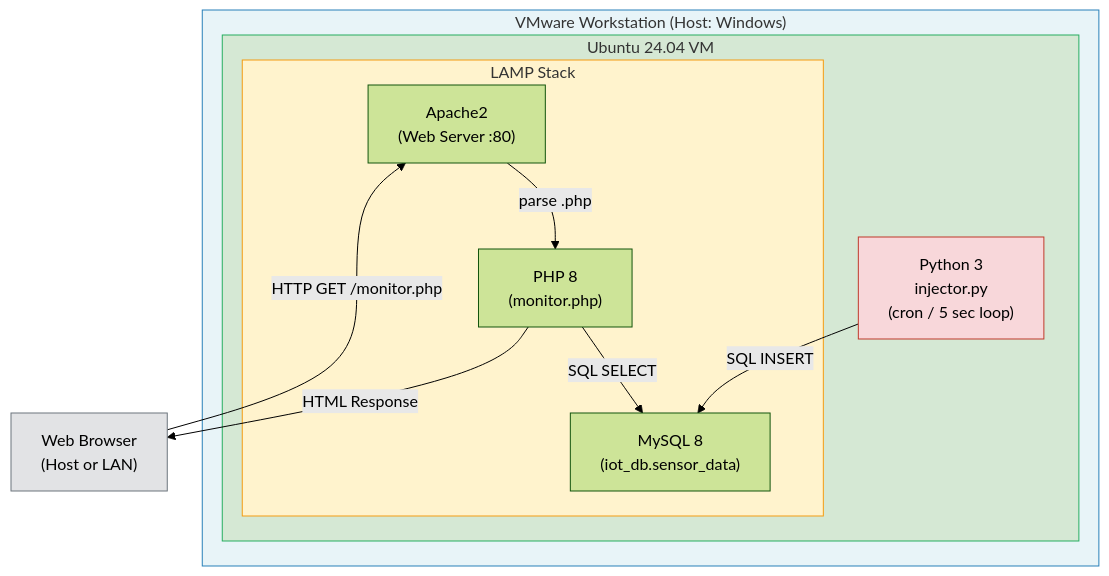
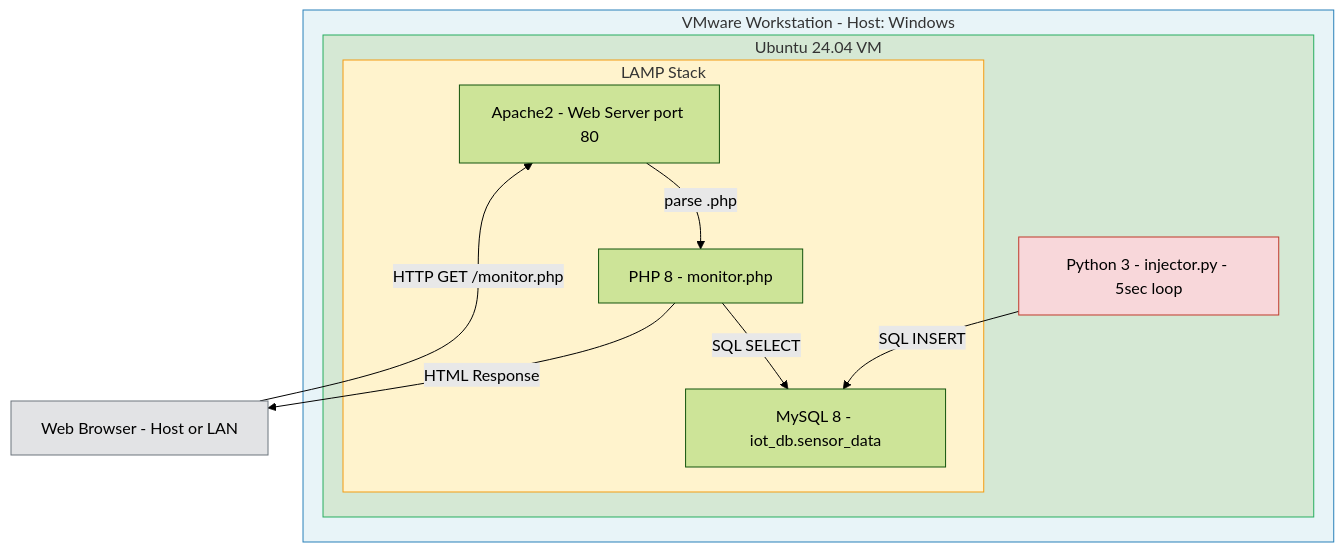
One commit to spickingerqc-web/lamp-monitoring changed the first of 2 diagrams in process.md. Above: the diagram before and after it, drawn with Mermaid (forest theme). The commit also changed 1 other file, not shown here.

Commit message:
Fix Mermaid diagram syntax for GitHub compatibility

````diff
--- a/process.md
+++ b/process.md
@@ -13,26 +13,26 @@
 ```mermaid
 graph TD
-    subgraph VMware["VMware Workstation (Host: Windows)"]
-        subgraph VM["Ubuntu 24.04 VM"]
-            subgraph LAMP["LAMP Stack"]
-                Apache["Apache2\n(Web Server :80)"]
-                PHP["PHP 8\n(monitor.php)"]
-                MySQL["MySQL 8\n(iot_db.sensor_data)"]
-                Apache -->|"parse .php"| PHP
-                PHP -->|"SQL SELECT"| MySQL
+    subgraph VMware[VMware Workstation - Host: Windows]
+        subgraph VM[Ubuntu 24.04 VM]
+            subgraph LAMP[LAMP Stack]
+                Apache[Apache2 - Web Server port 80]
+                PHP[PHP 8 - monitor.php]
+                MySQL[MySQL 8 - iot_db.sensor_data]
+                Apache -->|parse .php| PHP
+                PHP -->|SQL SELECT| MySQL
             end
-            Python["Python 3\ninjector.py\n(cron / 5 sec loop)"]
-            Python -->|"SQL INSERT"| MySQL
+            Python[Python 3 - injector.py - 5sec loop]
+            Python -->|SQL INSERT| MySQL
         end
     end
 
-    Browser["Web Browser\n(Host or LAN)"]
-    Browser -->|"HTTP GET /monitor.php"| Apache
-    PHP -->|"HTML Response"| Browser
+    Browser[Web Browser - Host or LAN]
+    Browser -->|HTTP GET /monitor.php| Apache
+    PHP -->|HTML Response| Browser
 
     style VMware fill:#e8f4f8,stroke:#2980b9
     style VM fill:#d5e8d4,stroke:#27ae60
     style LAMP fill:#fff3cd,stroke:#f39c12
     style Python fill:#f8d7da,stroke:#c0392b
     style Browser fill:#e2e3e5,stroke:#6c757d
 ```
````
